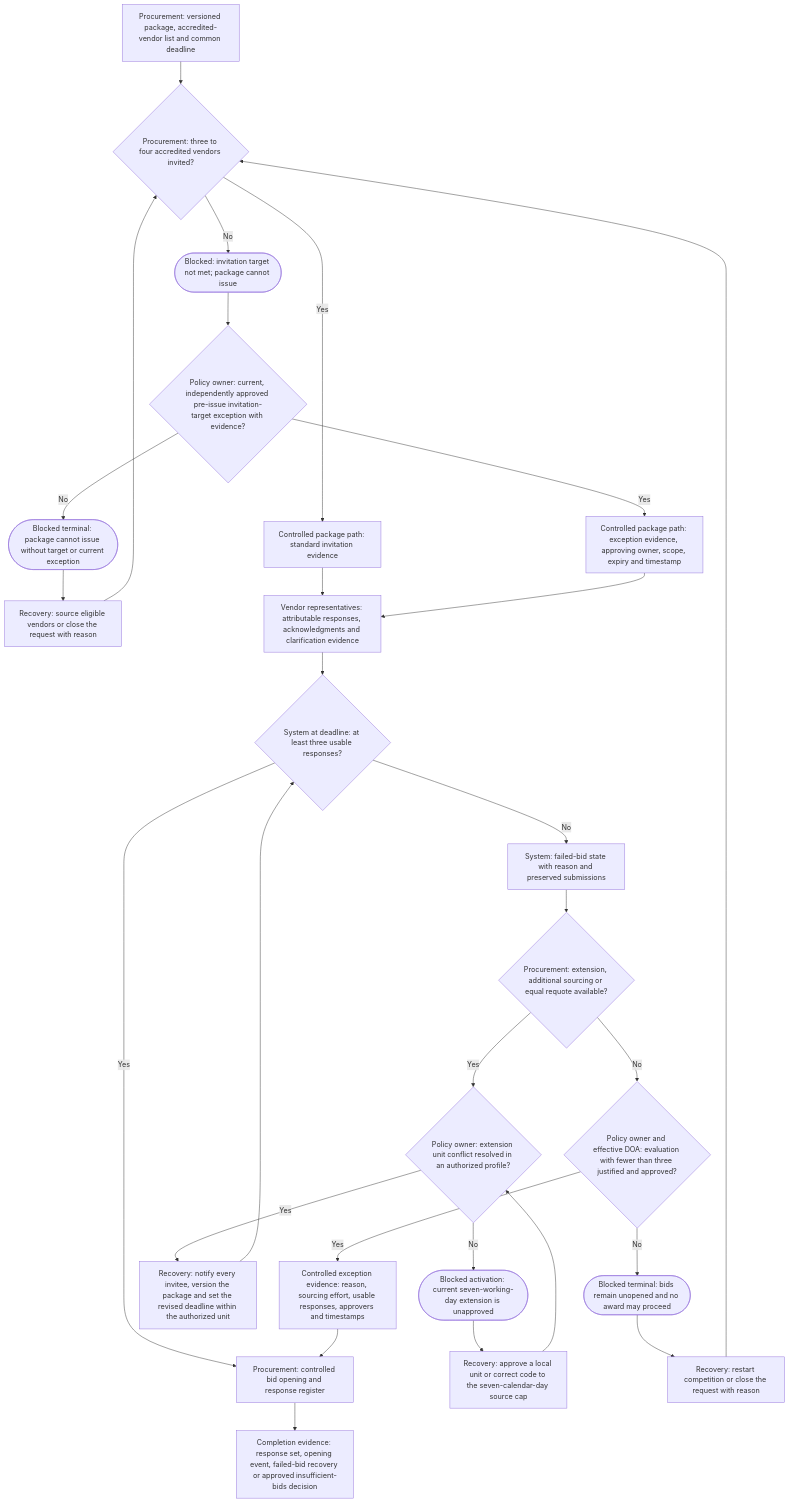
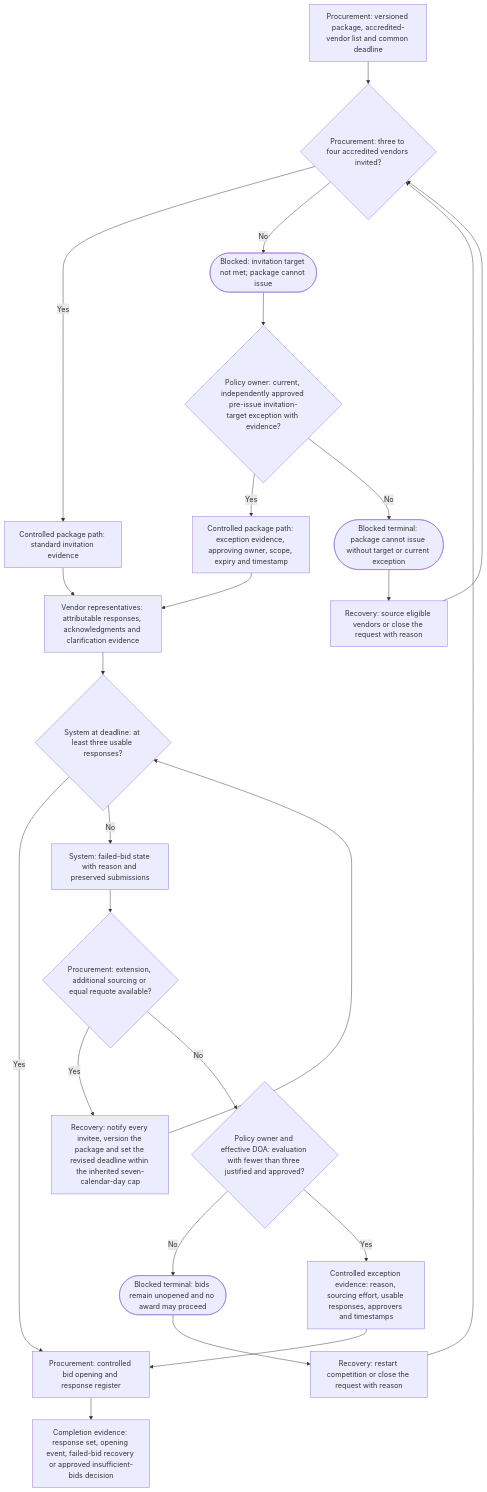
Before and after one commit to normanwashere/mwell-intra: the fourth of 8 diagrams in docs/PROCESS_REFERENCE_LIBRARY.md, drawn with Mermaid. The commit also changed other lines of this file and 35 other files, not shown here.

````diff
--- a/docs/PROCESS_REFERENCE_LIBRARY.md
+++ b/docs/PROCESS_REFERENCE_LIBRARY.md
@@ -112,30 +109,26 @@
 ```mermaid
 flowchart TD
   A[Procurement: versioned package, accredited-vendor list and common deadline] --> B{Procurement: three to four accredited vendors invited?}
   B -->|Yes| PS[Controlled package path: standard invitation evidence]
   B -->|No| BX([Blocked: invitation target not met; package cannot issue])
   BX --> X{Policy owner: current, independently approved pre-issue invitation-target exception with evidence?}
   X -->|Yes| PE[Controlled package path: exception evidence, approving owner, scope, expiry and timestamp]
   X -->|No| BT([Blocked terminal: package cannot issue without target or current exception])
   BT --> BR[Recovery: source eligible vendors or close the request with reason]
   BR --> B
   PS --> C[Vendor representatives: attributable responses, acknowledgments and clarification evidence]
   PE --> C
   C --> D{System at deadline: at least three usable responses?}
   D -->|Yes| E[Procurement: controlled bid opening and response register]
   D -->|No| F[System: failed-bid state with reason and preserved submissions]
   F --> G{Procurement: extension, additional sourcing or equal requote available?}
-  G -->|Yes| U{Policy owner: extension unit conflict resolved in an authorized profile?}
-  U -->|No| UX([Blocked activation: current seven-working-day extension is unapproved])
-  UX --> UR[Recovery: approve a local unit or correct code to the seven-calendar-day source cap]
-  UR --> U
-  U -->|Yes| H[Recovery: notify every invitee, version the package and set the revised deadline within the authorized unit]
+  G -->|Yes| H[Recovery: notify every invitee, version the package and set the revised deadline within the inherited seven-calendar-day cap]
   H --> D
   G -->|No| I{Policy owner and effective DOA: evaluation with fewer than three justified and approved?}
   I -->|No| IX([Blocked terminal: bids remain unopened and no award may proceed])
   IX --> IR[Recovery: restart competition or close the request with reason]
   IR --> B
   I -->|Yes| J[Controlled exception evidence: reason, sourcing effort, usable responses, approvers and timestamps]
   J --> E
   E --> K[Completion evidence: response set, opening event, failed-bid recovery or approved insufficient-bids decision]
 ```
````
